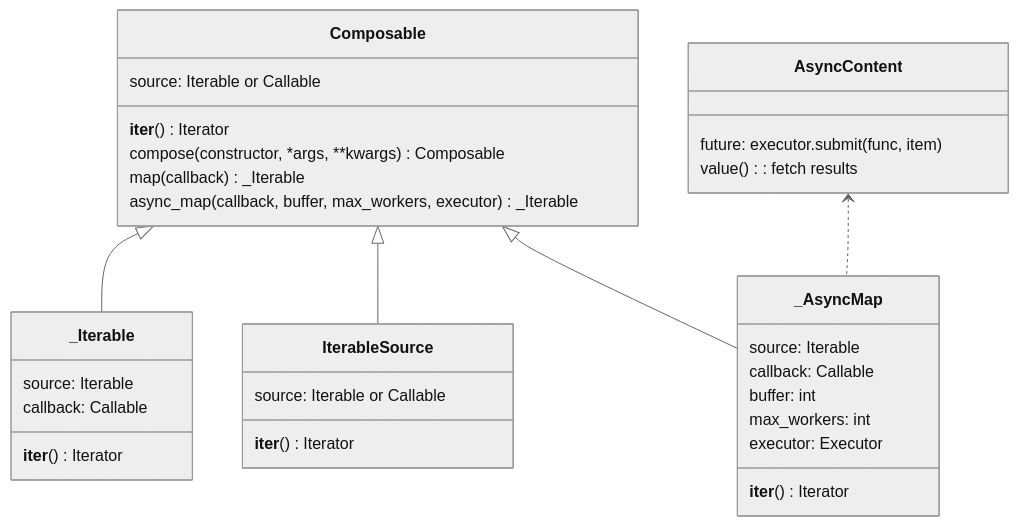
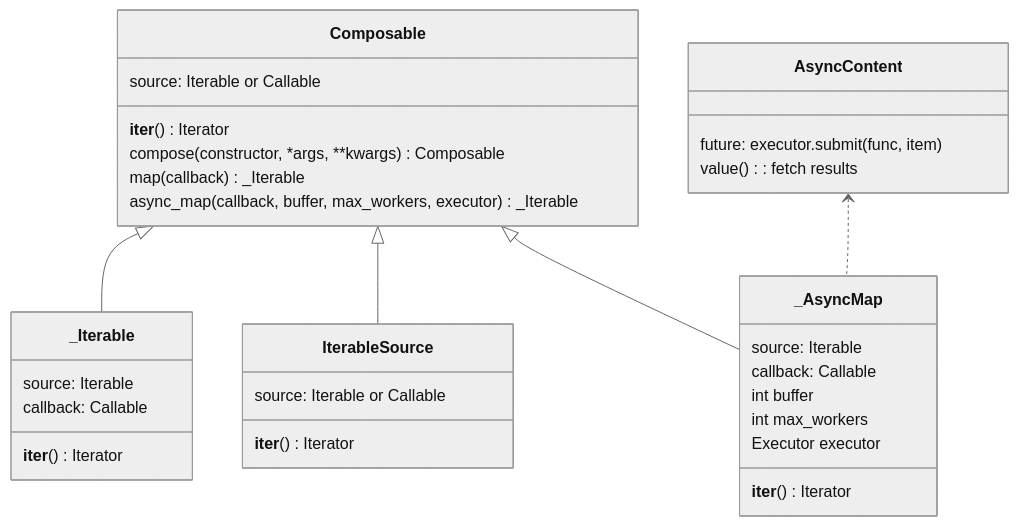
The diagram in docs/advanced/iterstream.rst (merantix-momentum/squirrel-core), drawn with Mermaid (neutral theme) before and after one commit. The commit also changed 2 other files, not shown here.

Commit message:
add integration

```diff
--- a/docs/advanced/iterstream.rst
+++ b/docs/advanced/iterstream.rst
@@ -143,46 +143,46 @@
 .. mermaid::
 
     classDiagram
 
         Composable <|-- _Iterable
         Composable <|-- IterableSource
         Composable <|-- _AsyncMap
         AsyncContent <.. _AsyncMap
 
         class Composable {
             source: Iterable or Callable
 
             __iter__() Iterator
             compose(constructor, *args, **kwargs) Composable
             map(callback) _Iterable
             async_map(callback, buffer, max_workers, executor) _Iterable
         }
 
        class _Iterable {
             source: Iterable
             callback: Callable
 
             __iter__() Iterator
        }
 
        class IterableSource {
             source: Iterable or Callable
 
             __iter__() Iterator
        }
 
         class _AsyncMap {
             source: Iterable
             callback: Callable
-            buffer: int
-            max_workers: int
-            executor: Executor
+            int buffer
+            int max_workers
+            Executor executor
 
             __iter__() Iterator
        }
 
        class AsyncContent {
             future: executor.submit(func, item)
 
             value(): fetch results
        }
```
